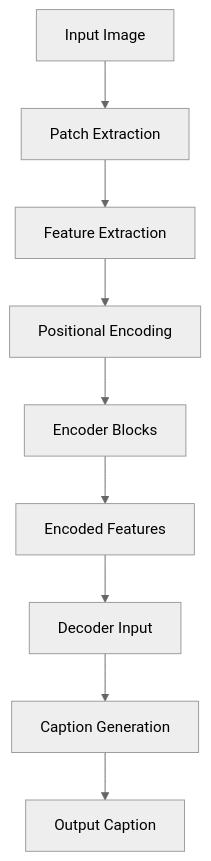
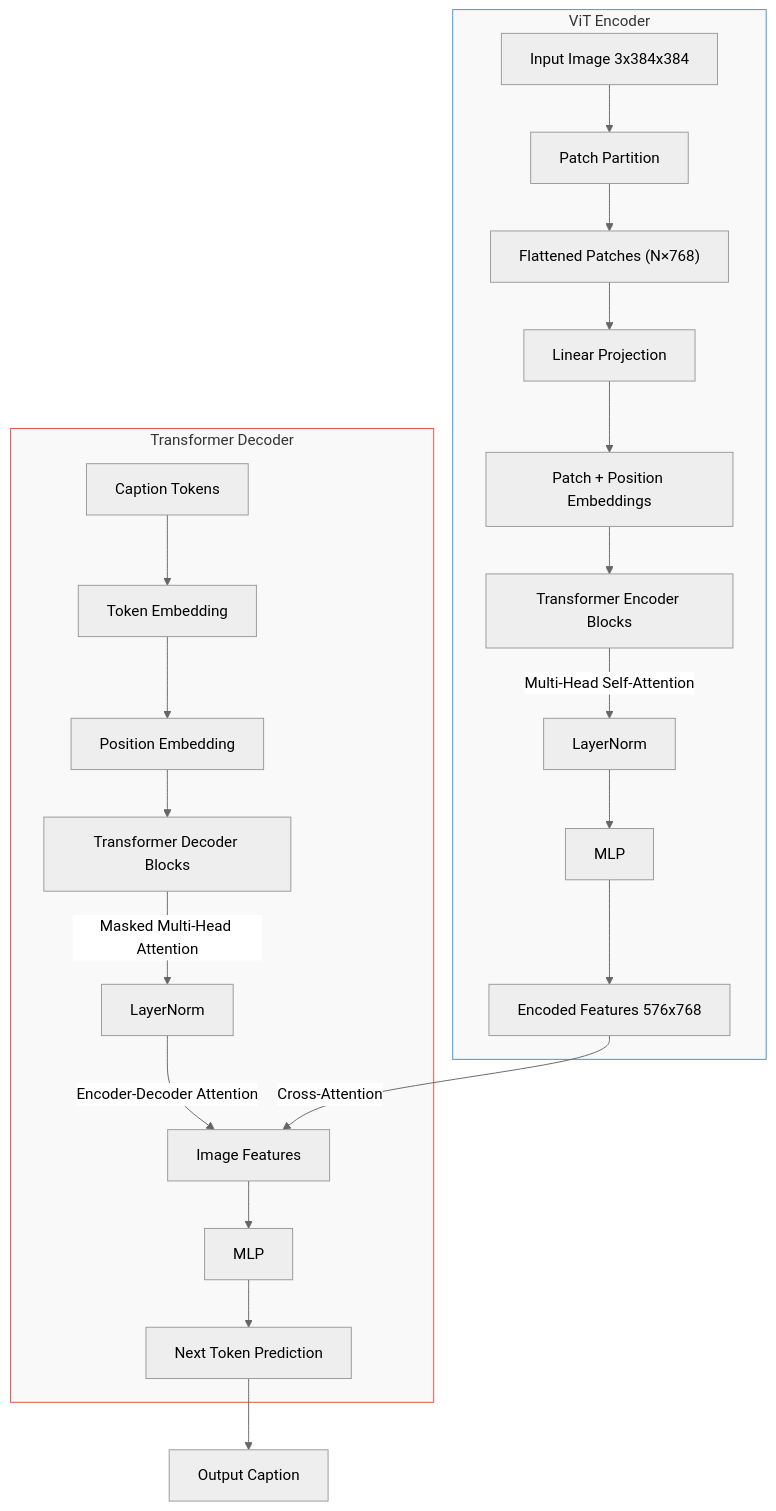
Before and after one commit to Sid3503/CPTR: the diagram in README.md, drawn with Mermaid (neutral theme).

````diff
--- a/README.md
+++ b/README.md
@@ -29,11 +29,29 @@
 ```mermaid
 flowchart TD
-    A[Input Image] --> B[Patch Extraction]
-    B --> C[Feature Extraction]
-    C --> D[Positional Encoding]
-    D --> E[Encoder Blocks]
-    E --> F[Encoded Features]
-    F --> G[Decoder Input]
-    G --> H[Caption Generation]
-    H --> I[Output Caption]
+    subgraph Encoder[ViT Encoder]
+        A[Input Image 3x384x384] --> B[Patch Partition]
+        B --> C["Flattened Patches (N×768)"]
+        C --> D[Linear Projection]
+        D --> E[Patch + Position Embeddings]
+        E --> F[Transformer Encoder Blocks]
+        F -->|Multi-Head Self-Attention| G[LayerNorm]
+        G --> H[MLP]
+        H --> I[Encoded Features 576x768]
+    end
+
+    subgraph Decoder[Transformer Decoder]
+        J[Caption Tokens] --> K[Token Embedding]
+        K --> L[Position Embedding]
+        L --> M[Transformer Decoder Blocks]
+        M -->|Masked Multi-Head Attention| N[LayerNorm]
+        N -->|Encoder-Decoder Attention| O[Image Features]
+        O --> P[MLP]
+        P --> Q[Next Token Prediction]
+    end
+
+    I -->|Cross-Attention| O
+    Q --> R[Output Caption]
+
+    style Encoder fill:#f9f9f9,stroke:#3498db
+    style Decoder fill:#f9f9f9,stroke:#e74c3c
 ```
````
